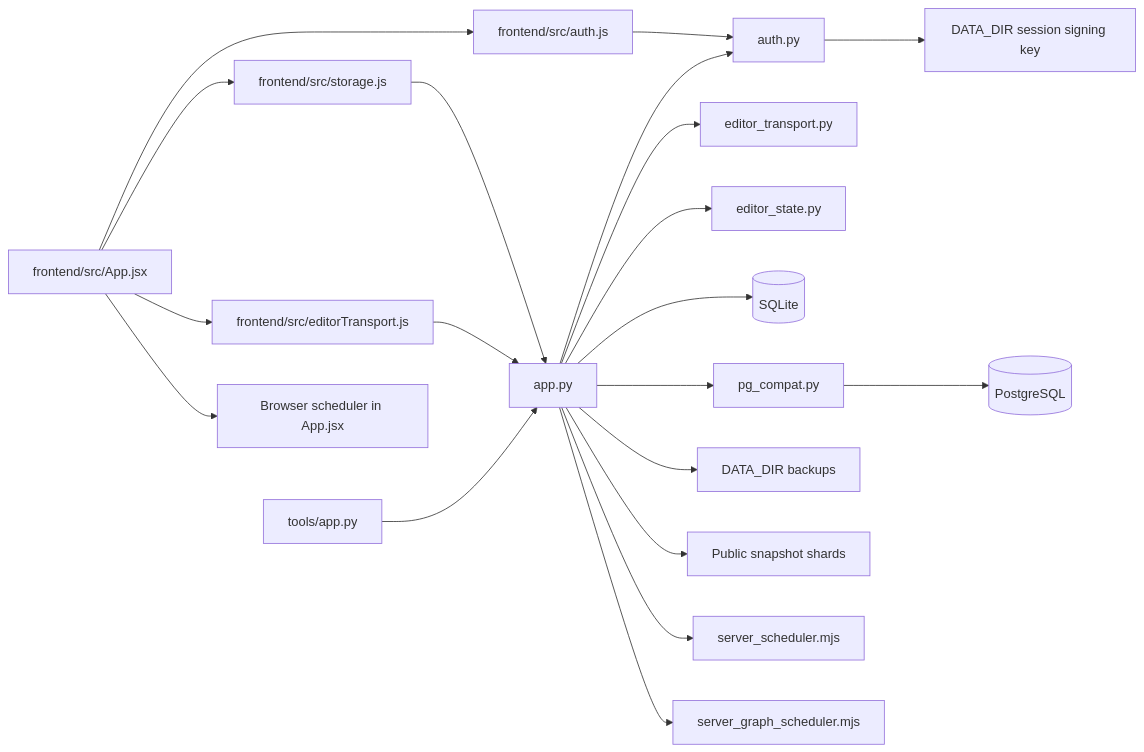
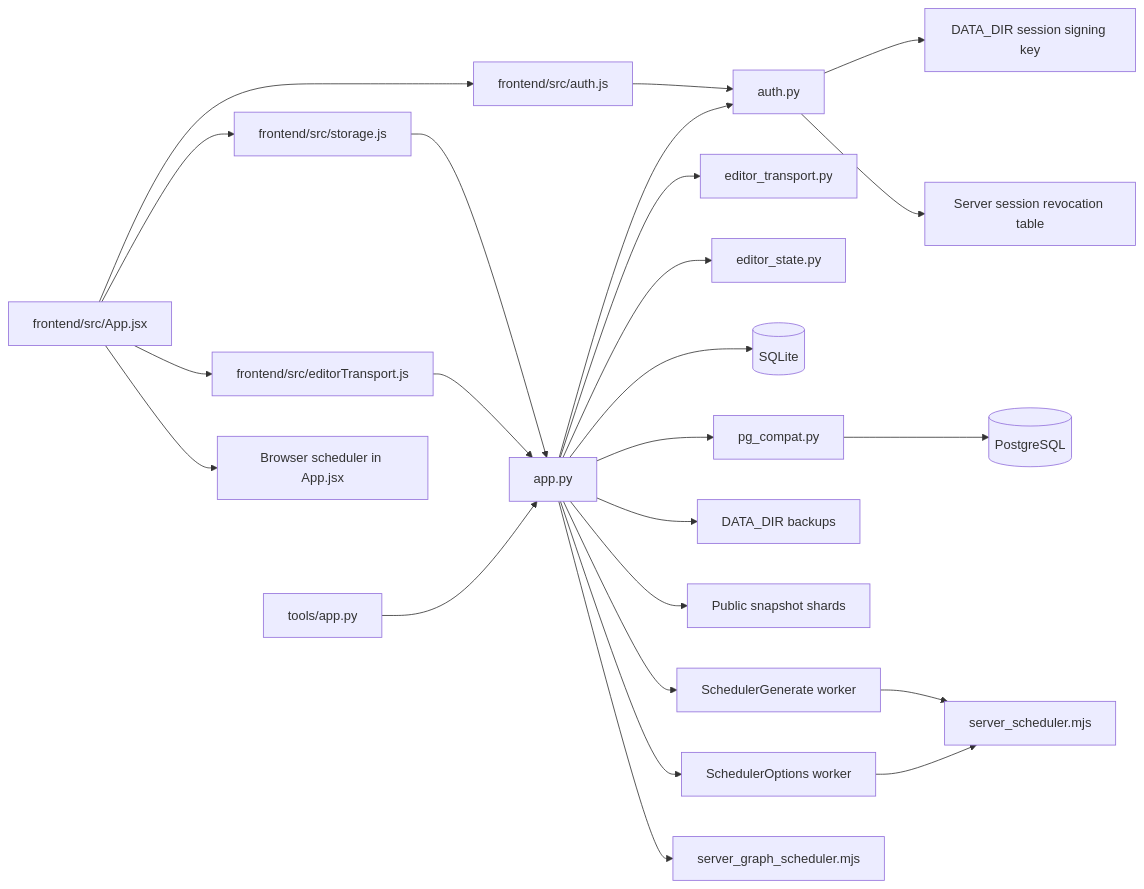
The first of 6 diagrams in docs/UML.md (Utkautka1/timetable22), drawn with Mermaid before and after one commit. The commit also changed other lines of this file and 10 other files, not shown here.

````diff
--- a/docs/UML.md
+++ b/docs/UML.md
@@ -7,22 +7,26 @@
 ```mermaid
 flowchart LR
     Browser[frontend/src/App.jsx] --> AuthClient[frontend/src/auth.js]
     Browser --> StorageClient[frontend/src/storage.js]
     Browser --> EditorClient[frontend/src/editorTransport.js]
     AuthClient --> Auth[auth.py]
     StorageClient --> API[app.py]
     EditorClient --> API
     API --> EditorTransport[editor_transport.py]
     API --> EditorState[editor_state.py]
     Legacy[tools/app.py] --> API
     API --> Auth
     Auth --> Key[DATA_DIR session signing key]
+    Auth --> SessionRevoke[Server session revocation table]
     API --> SQLite[(SQLite)]
     API --> PgCompat[pg_compat.py]
     PgCompat --> Postgres[(PostgreSQL)]
     API --> Backups[DATA_DIR backups]
     API --> Public[Public snapshot shards]
-    API --> Scheduler[server_scheduler.mjs]
+    API --> GenWorker[SchedulerGenerate worker]
+    API --> OptWorker[SchedulerOptions worker]
+    GenWorker --> Scheduler[server_scheduler.mjs]
+    OptWorker --> Scheduler
     API --> GraphScheduler[server_graph_scheduler.mjs]
     Browser --> ClientScheduler[Browser scheduler in App.jsx]
 ```
````
